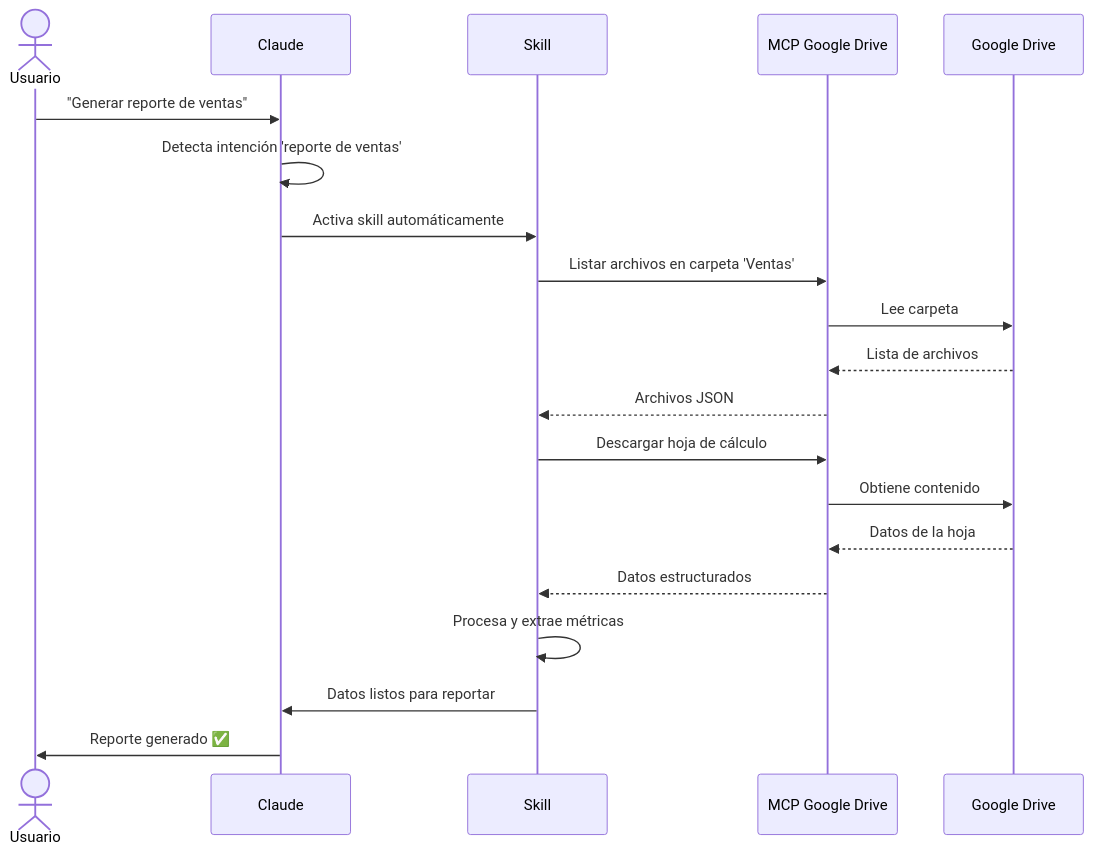
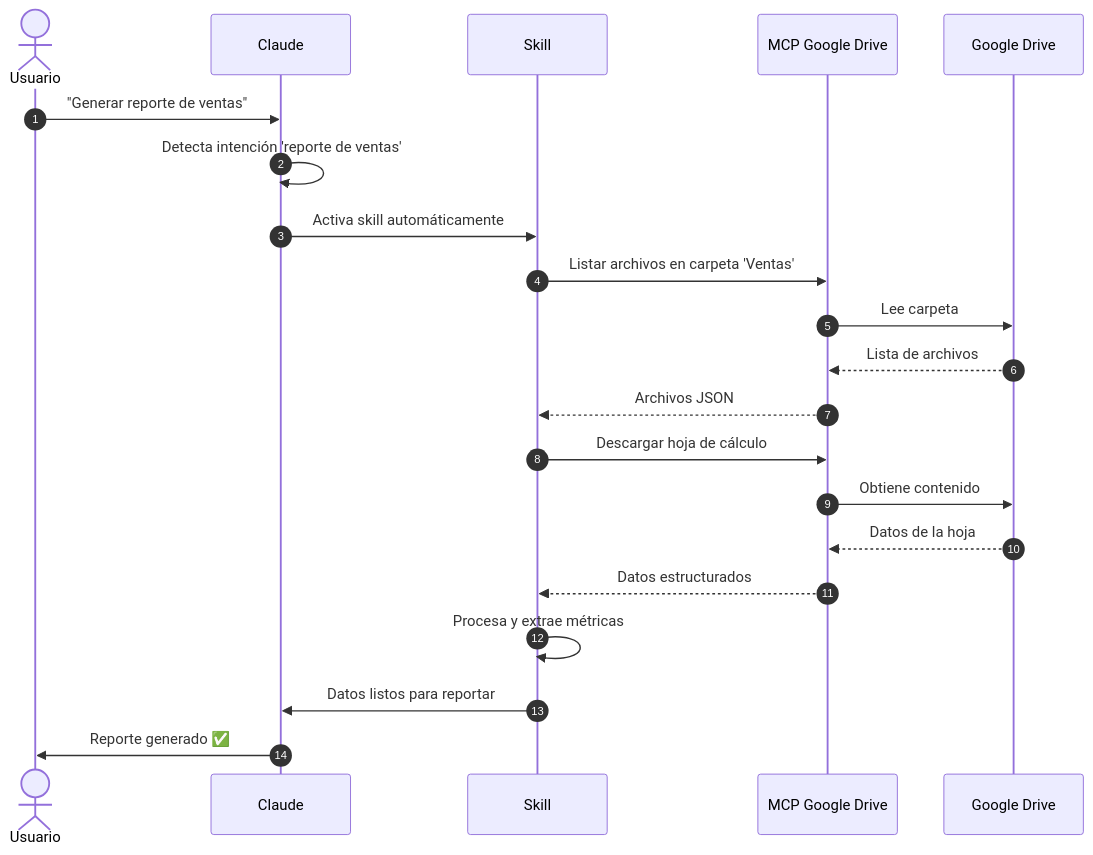
Before and after one commit to CodigoSinSiesta/codigosinsiesta.github.io: the fourth of 8 diagrams in docs/herramientas/claude-code-skills-mcp.md, drawn with Mermaid. The commit also changed other lines of this file, not shown here.

First line of the commit message:
docs: Mejorar contraste de colores en diagramas Mermaid

````diff
--- a/docs/herramientas/claude-code-skills-mcp.md
+++ b/docs/herramientas/claude-code-skills-mcp.md
@@ -370,27 +374,28 @@
 ```mermaid
 sequenceDiagram
+    autonumber
     actor Usuario
     participant Claude
     participant Skill
     participant MCP as MCP Google Drive
     participant Drive as Google Drive
 
     Usuario->>Claude: "Generar reporte de ventas"
     Claude->>Claude: Detecta intención 'reporte de ventas'
     Claude->>Skill: Activa skill automáticamente
 
     Skill->>MCP: Listar archivos en carpeta 'Ventas'
     MCP->>Drive: Lee carpeta
     Drive-->>MCP: Lista de archivos
     MCP-->>Skill: Archivos JSON
 
     Skill->>MCP: Descargar hoja de cálculo
     MCP->>Drive: Obtiene contenido
     Drive-->>MCP: Datos de la hoja
     MCP-->>Skill: Datos estructurados
 
     Skill->>Skill: Procesa y extrae métricas
     Skill->>Claude: Datos listos para reportar
 
     Claude->>Usuario: Reporte generado ✅
 ```
````
